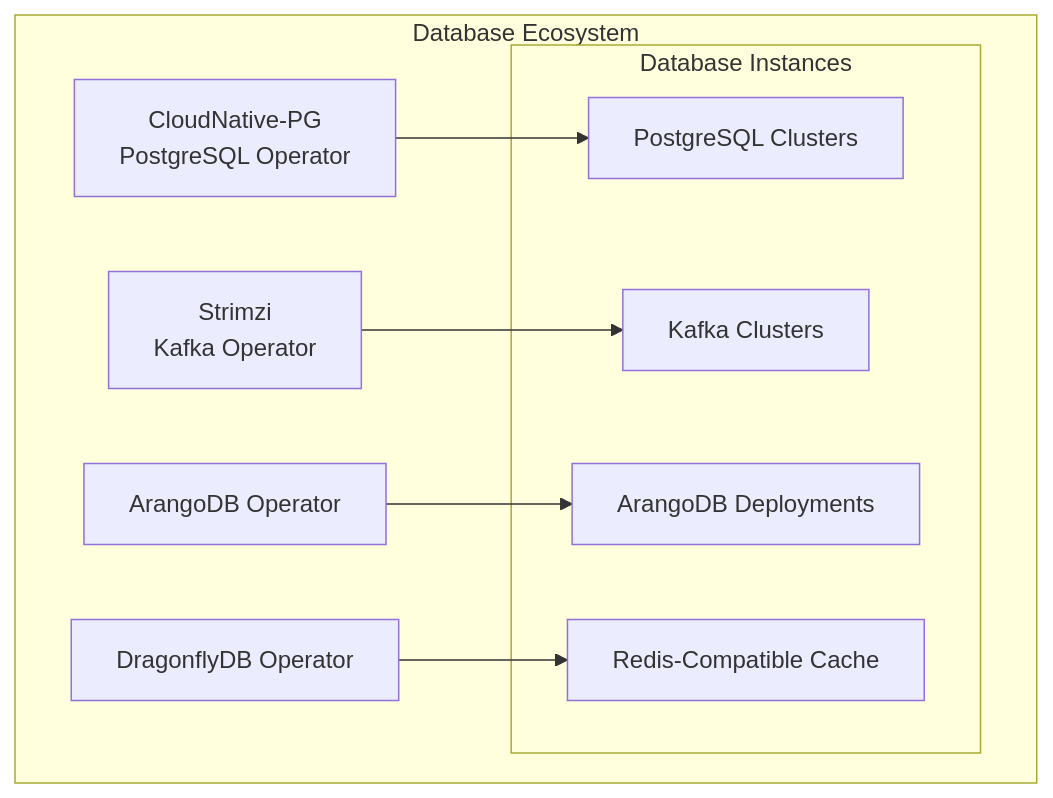
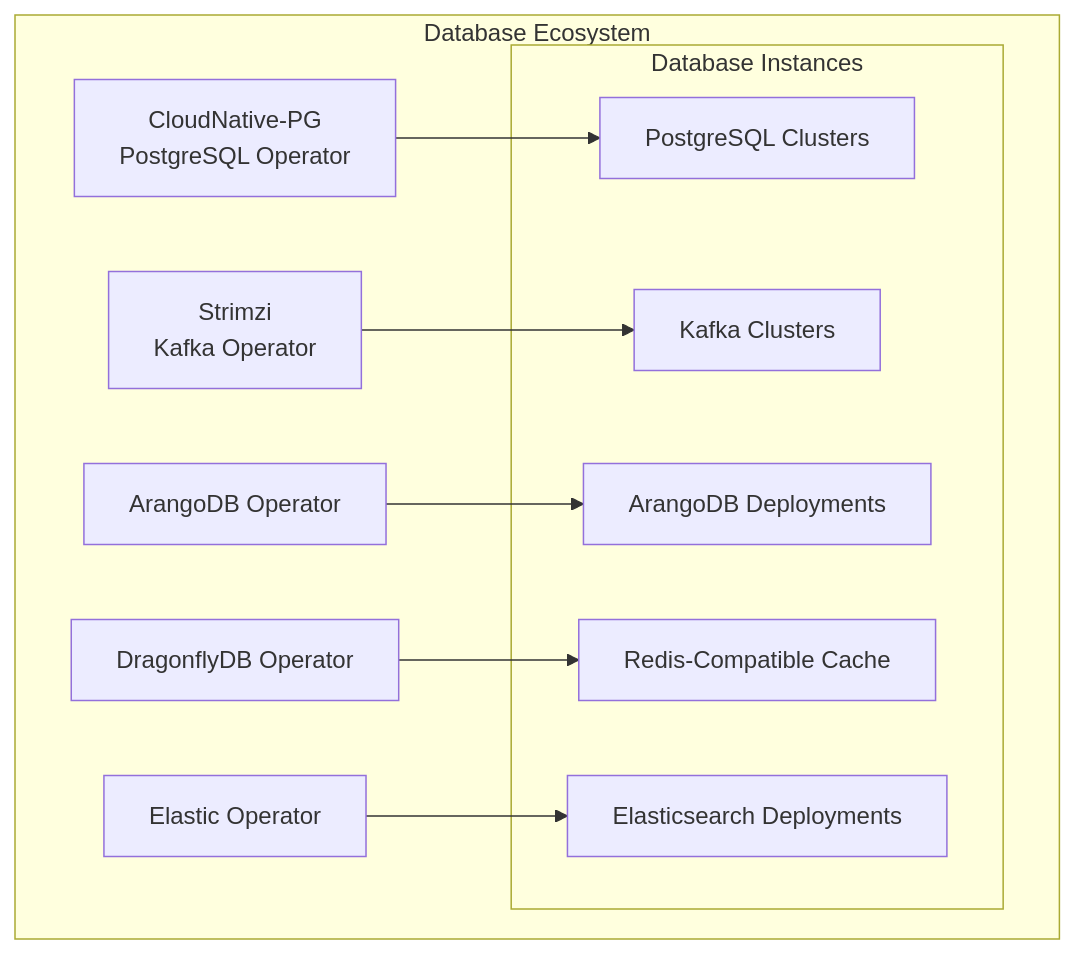
The third of 8 diagrams in docs/architecture.md (enchantednatures/HomeCluster), drawn with Mermaid before and after one commit. The commit also changed other lines of this file and 9 other files, not shown here.

Commit message:
docs: update architecture and infrastructure documentation

````diff
--- a/docs/architecture.md
+++ b/docs/architecture.md
@@ -169,21 +173,24 @@
 ```mermaid
 graph TB
     subgraph "Database Ecosystem"
         CNPG[CloudNative-PG<br/>PostgreSQL Operator]
         STRIMZI[Strimzi<br/>Kafka Operator]
         ARANGO_OP[ArangoDB Operator]
         DRAGONFLY[DragonflyDB Operator]
-        
+        ELASTIC[Elastic Operator]
+
         subgraph "Database Instances"
             PG_CLUSTER[PostgreSQL Clusters]
             KAFKA_CLUSTER[Kafka Clusters]
             ARANGO_CLUSTER[ArangoDB Deployments]
             REDIS_CLUSTER[Redis-Compatible Cache]
+            ELASTIC_CLUSTER[Elasticsearch Deployments]
         end
-        
+
         CNPG --> PG_CLUSTER
         STRIMZI --> KAFKA_CLUSTER
         ARANGO_OP --> ARANGO_CLUSTER
         DRAGONFLY --> REDIS_CLUSTER
+        ELASTIC --> ELASTIC_CLUSTER
     end
 ```
````
